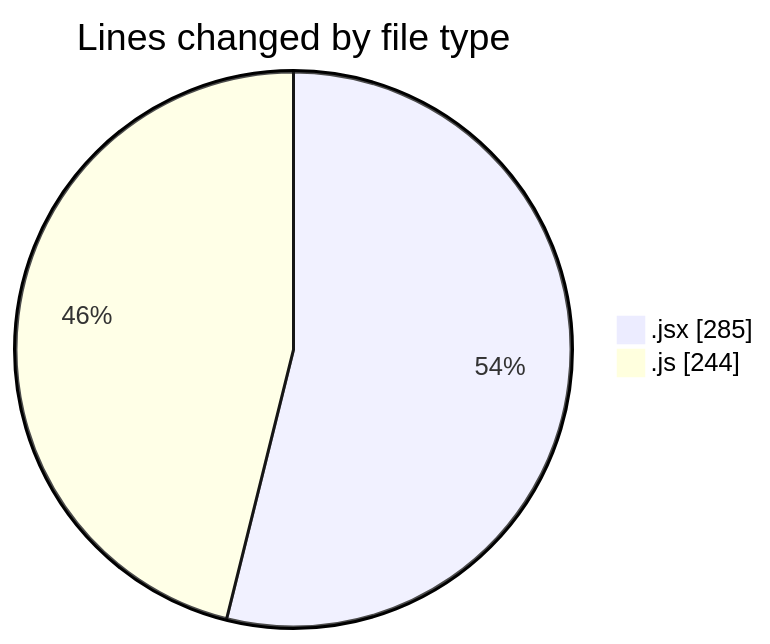
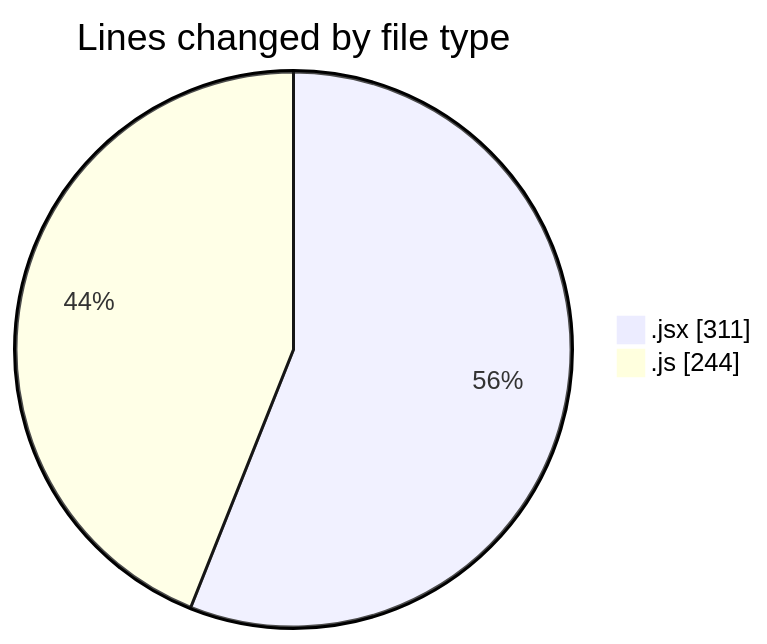
The first of 2 diagrams in 2025-12-14/nxtqube_webapp/README.md (nxtqubesakshisongat/code-tracking), drawn with Mermaid before and after one commit. The commit also changed other lines of this file and 1 other file, not shown here.

````diff
--- a/2025-12-14/nxtqube_webapp/README.md
+++ b/2025-12-14/nxtqube_webapp/README.md
@@ -22,6 +22,6 @@
 ```mermaid
 pie showData
 title Lines changed by file type
-".jsx" : 285
+".jsx" : 311
 ".js" : 244
 ```
````
